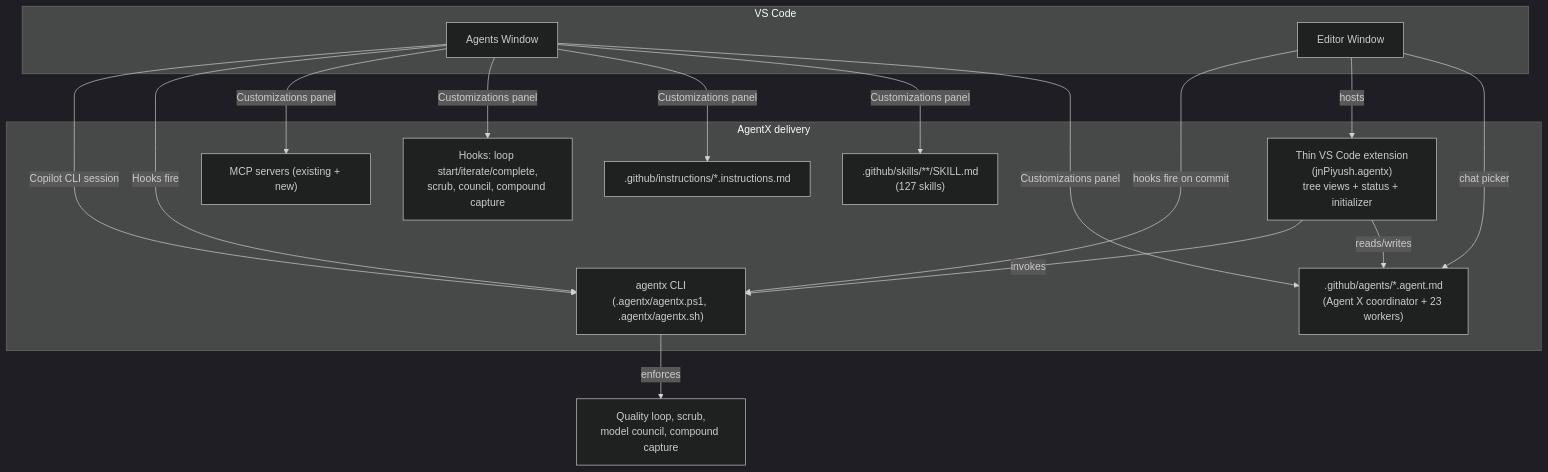
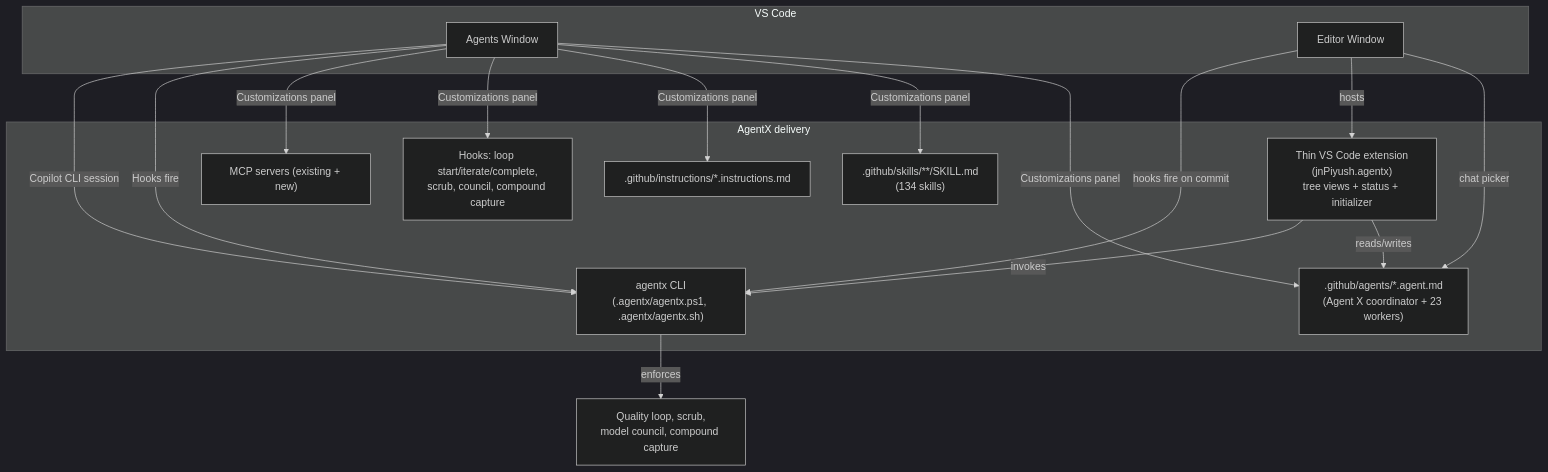
One commit to jnPiyush/AgentX changed the third of 4 diagrams in docs/artifacts/adr/ADR-400.md. Above: the diagram before and after it, drawn with Mermaid (dark theme). The commit also changed other lines of this file and 82 other files, not shown here.

````diff
--- a/docs/artifacts/adr/ADR-400.md
+++ b/docs/artifacts/adr/ADR-400.md
@@ -194,33 +194,33 @@
 ```mermaid
 flowchart TB
   subgraph WIN["VS Code"]
     AW["Agents Window"]
     EW["Editor Window"]
   end
 
   subgraph AGENTX["AgentX delivery"]
     AGENTS[".github/agents/*.agent.md<br/>(Agent X coordinator + 23 workers)"]
-    SKILLS[".github/skills/**/SKILL.md<br/>(127 skills)"]
+    SKILLS[".github/skills/**/SKILL.md<br/>(134 skills)"]
     INSTR[".github/instructions/*.instructions.md"]
     HOOKS["Hooks: loop start/iterate/complete,<br/>scrub, council, compound capture"]
     MCP["MCP servers (existing + new)"]
     CLI["agentx CLI<br/>(.agentx/agentx.ps1, .agentx/agentx.sh)"]
     EXT["Thin VS Code extension<br/>(jnPiyush.agentx)<br/>tree views + status + initializer"]
   end
 
   AW -->|Customizations panel| AGENTS
   AW -->|Customizations panel| SKILLS
   AW -->|Customizations panel| INSTR
   AW -->|Customizations panel| HOOKS
   AW -->|Customizations panel| MCP
   AW -->|Hooks fire| CLI
   AW -->|Copilot CLI session| CLI
 
   EW -->|chat picker| AGENTS
   EW -->|hosts| EXT
   EW -->|hooks fire on commit| CLI
   EXT -->|reads/writes| AGENTS
   EXT -->|invokes| CLI
 
   CLI -->|enforces| GATES["Quality loop, scrub,<br/>model council, compound capture"]
 ```
````
